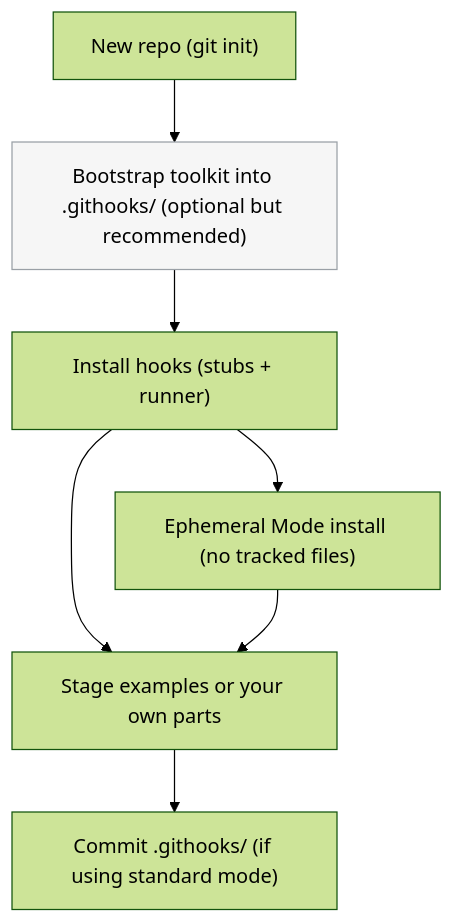
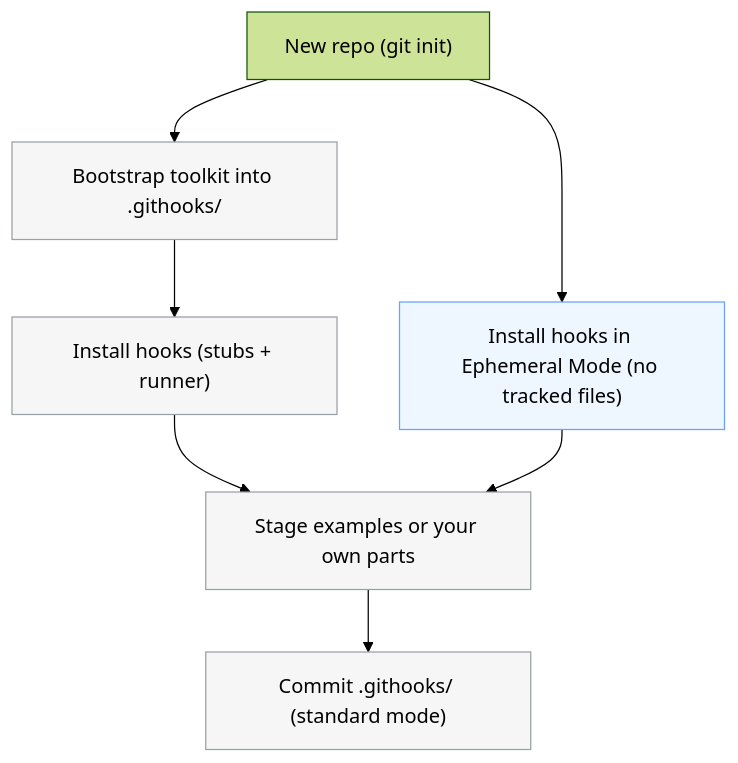
The second of 3 diagrams in README.md (DevGuyRash/git-hooks-runner-toolkit), drawn with Mermaid (forest theme) before and after one commit. The commit also changed other lines of this file, not shown here.

Commit message:
docs: refine brand-new repo flow diagram

````diff
--- a/README.md
+++ b/README.md
@@ -66,12 +66,15 @@
 ```mermaid
 flowchart TD
-  A["New repo (git init)"] --> B["Bootstrap toolkit into .githooks/ (optional but recommended)"]
+  A["New repo (git init)"] --> B["Bootstrap toolkit into .githooks/"]
   B --> C["Install hooks (stubs + runner)"]
   C --> D["Stage examples or your own parts"]
-  D --> E["Commit .githooks/ (if using standard mode)"]
-  C --> F["Ephemeral Mode install (no tracked files)"]
+  D --> E["Commit .githooks/ (standard mode)"]
+
+  A --> F["Install hooks in Ephemeral Mode (no tracked files)"]
   F --> D
 
-  classDef optional fill:#f6f6f6,stroke:#9aa0a6,stroke-width:1px
-  class B optional
+  classDef standard fill:#f6f6f6,stroke:#9aa0a6,stroke-width:1px
+  classDef ephemeral fill:#eef6ff,stroke:#6aa0ff,stroke-width:1px
+  class B,C,D,E standard
+  class F ephemeral
 ```
````
